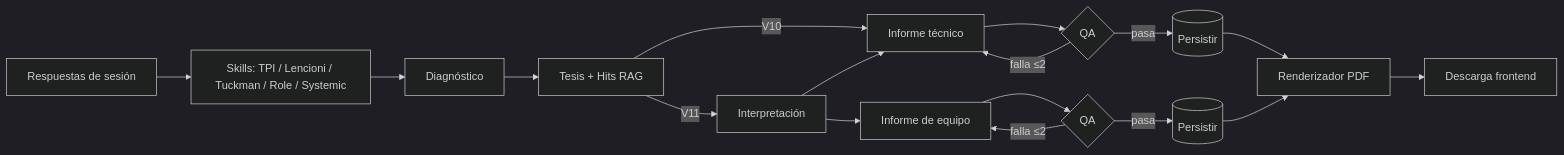
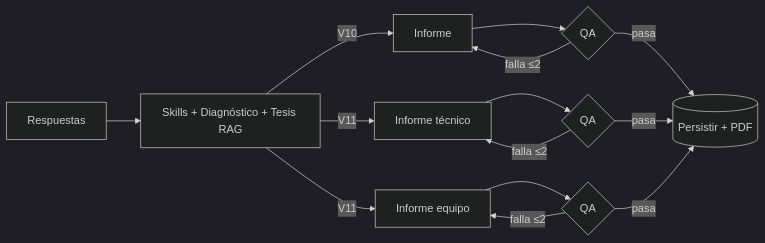
One commit to joelsmartway/informe-tpa-prompts-orchestrator changed the third of 3 diagrams in README.md. Above: the diagram before and after it, drawn with Mermaid (dark theme). The commit also changed other lines of this file, not shown here.

````diff
--- a/README.md
+++ b/README.md
@@ -136,19 +82,13 @@
 ```mermaid
 flowchart LR
-    A[Respuestas de sesión] --> B[Skills: TPI / Lencioni / Tuckman / Role / Systemic]
-    B --> C[Diagnóstico]
-    C --> D[Tesis + Hits RAG]
-    D -- V11 --> E[Interpretación]
-    D -- V10 --> F1[Informe]
-    E --> F1[Informe técnico]
-    F1 --> G1{QA}
-    G1 -- falla ≤2 --> F1
-    G1 -- pasa --> H1[(Persistir)]
-    E --> F2[Informe de equipo]
-    F2 --> G2{QA}
-    G2 -- falla ≤2 --> F2
-    G2 -- pasa --> H2[(Persistir)]
-    H1 --> I[Renderizador PDF]
-    H2 --> I
-    I --> J[Descarga frontend]
+    A[Respuestas] --> B[Skills + Diagnóstico + Tesis RAG]
+    B -- V10 --> R1[Informe] --> Q1{QA}
+    Q1 -- falla ≤2 --> R1
+    Q1 -- pasa --> P[(Persistir + PDF)]
+    B -- V11 --> R2[Informe técnico] --> Q2{QA}
+    Q2 -- falla ≤2 --> R2
+    Q2 -- pasa --> P
+    B -- V11 --> R3[Informe equipo] --> Q3{QA}
+    Q3 -- falla ≤2 --> R3
+    Q3 -- pasa --> P
 ```
````
